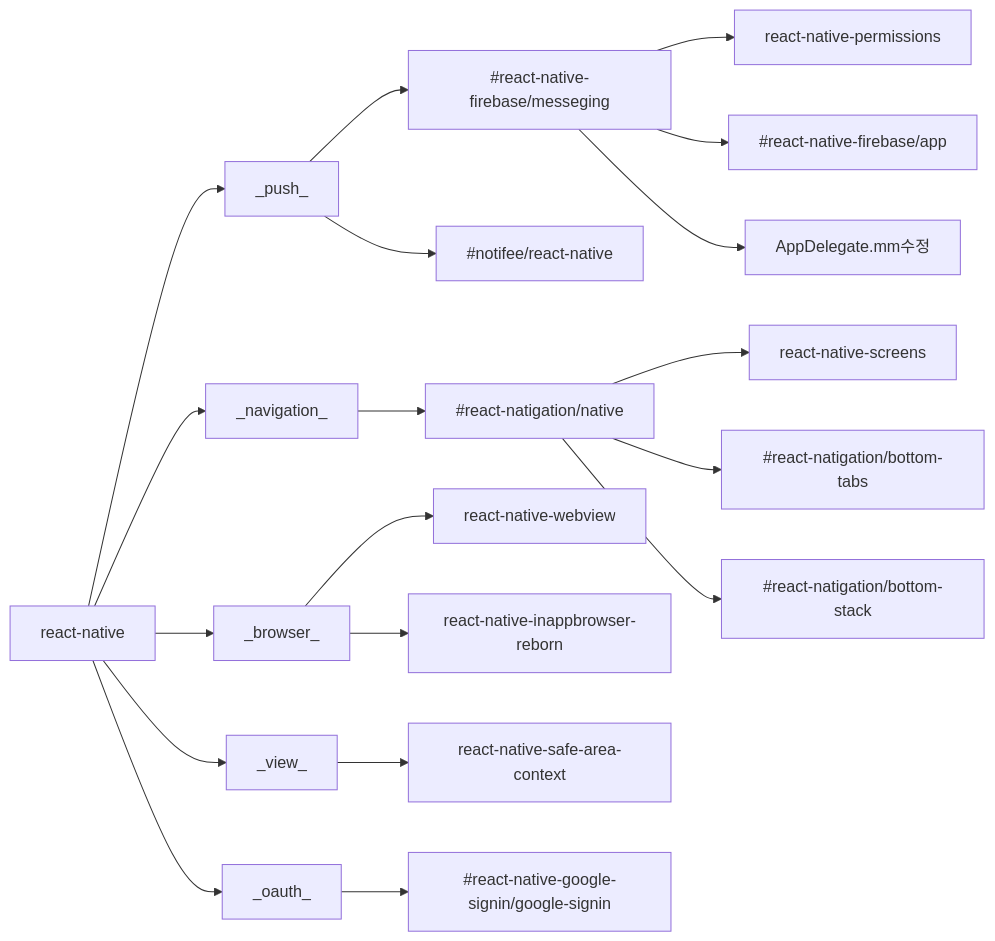
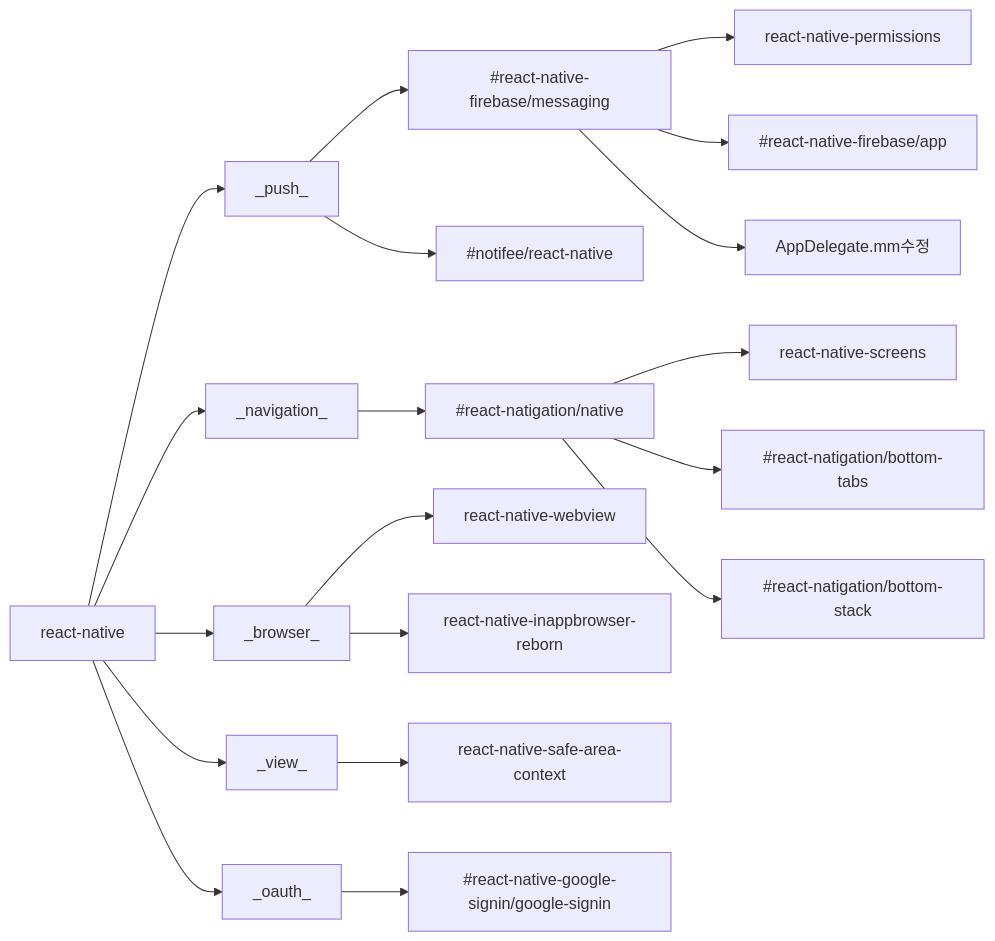
The diagram in react-native.md (deptno/public-wiki), drawn with Mermaid before and after one commit.

````diff
--- a/react-native.md
+++ b/react-native.md
@@ -523,22 +523,22 @@
 ```mermaid
 flowchart LR
-  react-native --> _push_ --> #react-native-firebase/messeging
-  #react-native-firebase/messeging --> react-native-permissions
-  #react-native-firebase/messeging --> #react-native-firebase/app
-  #react-native-firebase/messeging --> AppDelegate.mm수정
+  react-native --> _push_ --> #react-native-firebase/messaging
+  #react-native-firebase/messaging --> react-native-permissions
+  #react-native-firebase/messaging --> #react-native-firebase/app
+  #react-native-firebase/messaging --> AppDelegate.mm수정
   _push_ --> #notifee/react-native
 
   react-native --> _navigation_ --> #react-natigation/native --> react-native-screens
   #react-natigation/native --> #react-natigation/bottom-tabs
   #react-natigation/native --> #react-natigation/bottom-stack
 
   react-native --> _browser_
   _browser_ --> react-native-webview
   _browser_ --> react-native-inappbrowser-reborn
 
   react-native --> _view_
   _view_ --> react-native-safe-area-context
 
   react-native --> _oauth_
   _oauth_ --> #react-native-google-signin/google-signin
 ```
````
